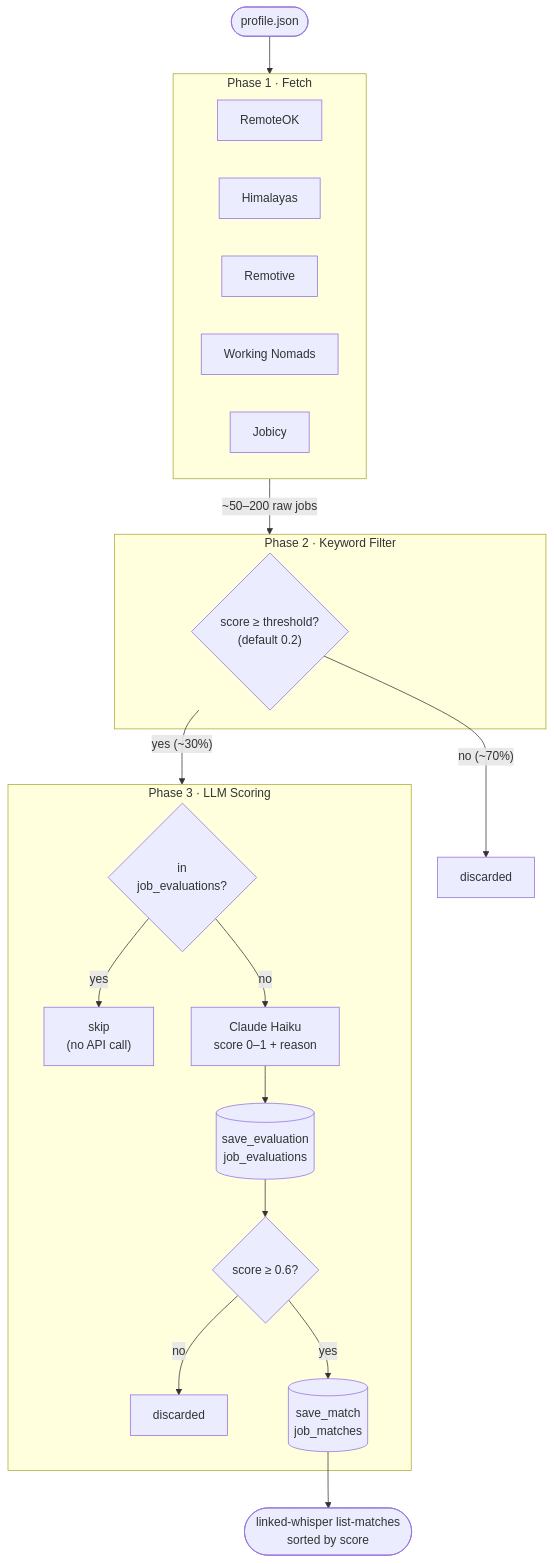
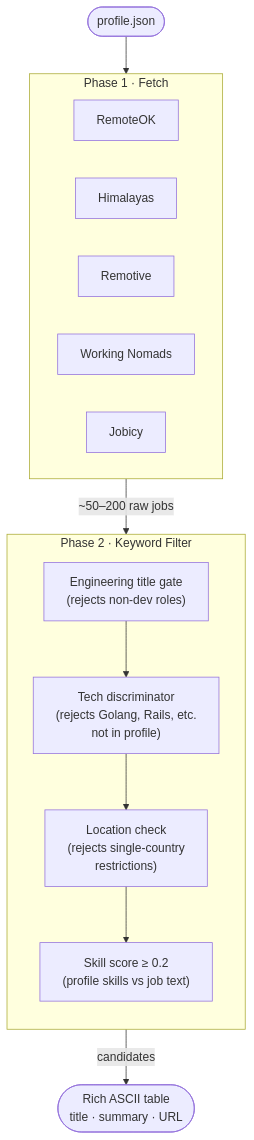
The diagram in README.md (EdDevs2503/linked_whisper), drawn with Mermaid before and after one commit. The commit also changed other lines of this file and 23 other files, not shown here.

````diff
--- a/README.md
+++ b/README.md
@@ -7,40 +7,30 @@
 ```mermaid
 flowchart TD
     profile([profile.json])
 
     profile --> fetch
 
     subgraph fetch["Phase 1 · Fetch"]
         direction LR
         remoteok[RemoteOK]
         himalayas[Himalayas]
         remotive[Remotive]
         nomads[Working Nomads]
         jobicy[Jobicy]
     end
 
     fetch -->|"~50–200 raw jobs"| kw
 
     subgraph kw["Phase 2 · Keyword Filter"]
-        kw_check{"score ≥ threshold?\n(default 0.2)"}
+        direction TB
+        t1["Engineering title gate\n(rejects non-dev roles)"]
+        t2["Tech discriminator\n(rejects Golang, Rails, etc.\nnot in profile)"]
+        t3["Location check\n(rejects single-country\nrestrictions)"]
+        t4["Skill score ≥ 0.2\n(profile skills vs job text)"]
+        t1 --> t2 --> t3 --> t4
     end
 
-    kw_check -->|"no (~70%)"| drop1[" discarded "]
-    kw_check -->|"yes (~30%)"| dedup
+    kw -->|"candidates"| out
 
-    subgraph dedup["Phase 3 · LLM Scoring"]
-        seen{"in\njob_evaluations?"}
-        seen -->|yes| drop2[" skip\n(no API call) "]
-        seen -->|no| haiku["Claude Haiku\nscore 0–1 + reason"]
-        haiku --> ev[("save_evaluation\njob_evaluations")]
-        ev --> threshold{"score ≥ 0.6?"}
-        threshold -->|no| drop3[" discarded "]
-        threshold -->|yes| save
-    end
-
-    save[("save_match\njob_matches")]
-
-    save --> out
-
-    out(["linked-whisper list-matches\nsorted by score"])
+    out(["Rich ASCII table\ntitle · summary · URL"])
 ```
````
